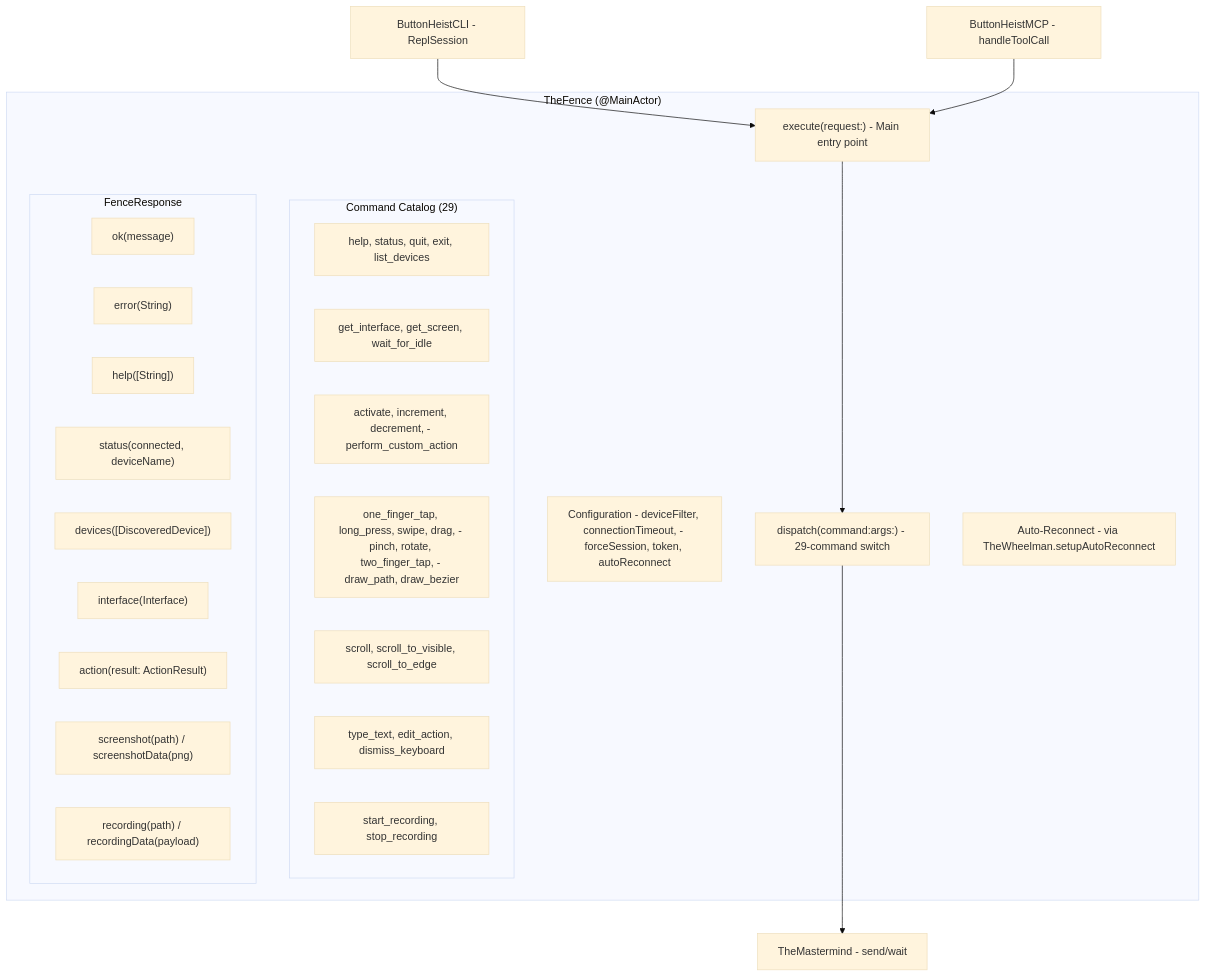
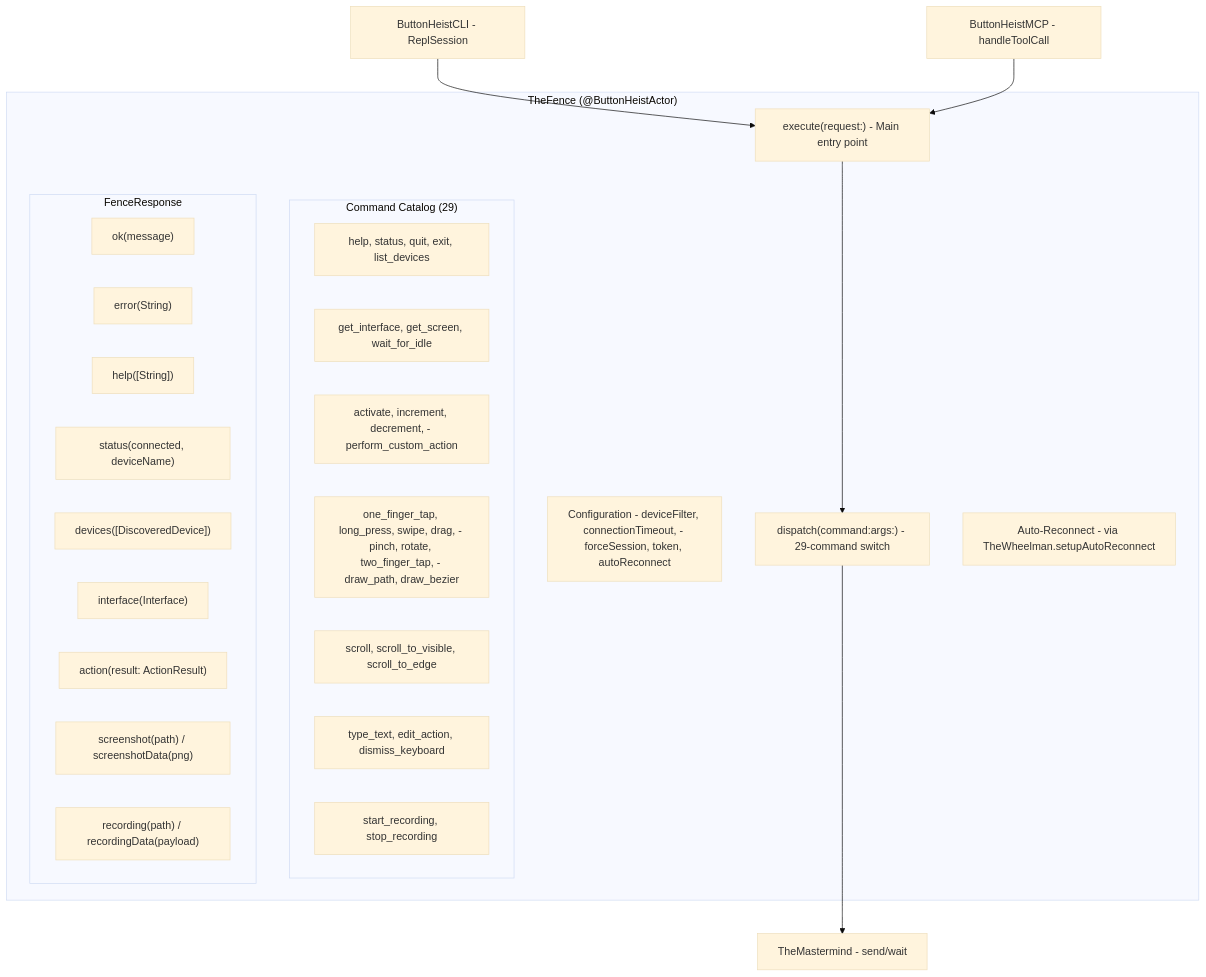
One commit to RoyalPineapple/TheButtonHeist changed the first of 3 diagrams in docs/dossiers/10-THEFENCE.md. Above: the diagram before and after it, drawn with Mermaid (base theme). The commit also changed 8 other files, not shown here.

First line of the commit message:
Fix MCP build and update docs for @ButtonHeistActor migration

````diff
--- a/docs/dossiers/10-THEFENCE.md
+++ b/docs/dossiers/10-THEFENCE.md
@@ -20,36 +20,36 @@
 ```mermaid
 graph TD
-    subgraph TheFence["TheFence (@MainActor)"]
+    subgraph TheFence["TheFence (@ButtonHeistActor)"]
         Config["Configuration - deviceFilter, connectionTimeout, - forceSession, token, autoReconnect"]
         Execute["execute(request:) - Main entry point"]
         Dispatch["dispatch(command:args:) - 29-command switch"]
         Reconnect["Auto-Reconnect - via TheWheelman.setupAutoReconnect"]
 
         subgraph Commands["Command Catalog (29)"]
             Conn["help, status, quit, exit, list_devices"]
             IF["get_interface, get_screen, wait_for_idle"]
             Access["activate, increment, decrement, - perform_custom_action"]
             Gesture["one_finger_tap, long_press, swipe, drag, - pinch, rotate, two_finger_tap, - draw_path, draw_bezier"]
             Scroll["scroll, scroll_to_visible, scroll_to_edge"]
             Text["type_text, edit_action, dismiss_keyboard"]
             Rec["start_recording, stop_recording"]
         end
 
         subgraph Response["FenceResponse"]
             Ok["ok(message)"]
             Err["error(String)"]
             Help["help([String])"]
             Status["status(connected, deviceName)"]
             DevList["devices([DiscoveredDevice])"]
             IFResp["interface(Interface)"]
             Action["action(result: ActionResult)"]
             Screenshot["screenshot(path) / screenshotData(png)"]
             Recording["recording(path) / recordingData(payload)"]
         end
     end
 
     CLI["ButtonHeistCLI - ReplSession"] --> Execute
     MCP["ButtonHeistMCP - handleToolCall"] --> Execute
     Execute --> Dispatch
     Dispatch --> Client["TheMastermind - send/wait"]
 ```
````
